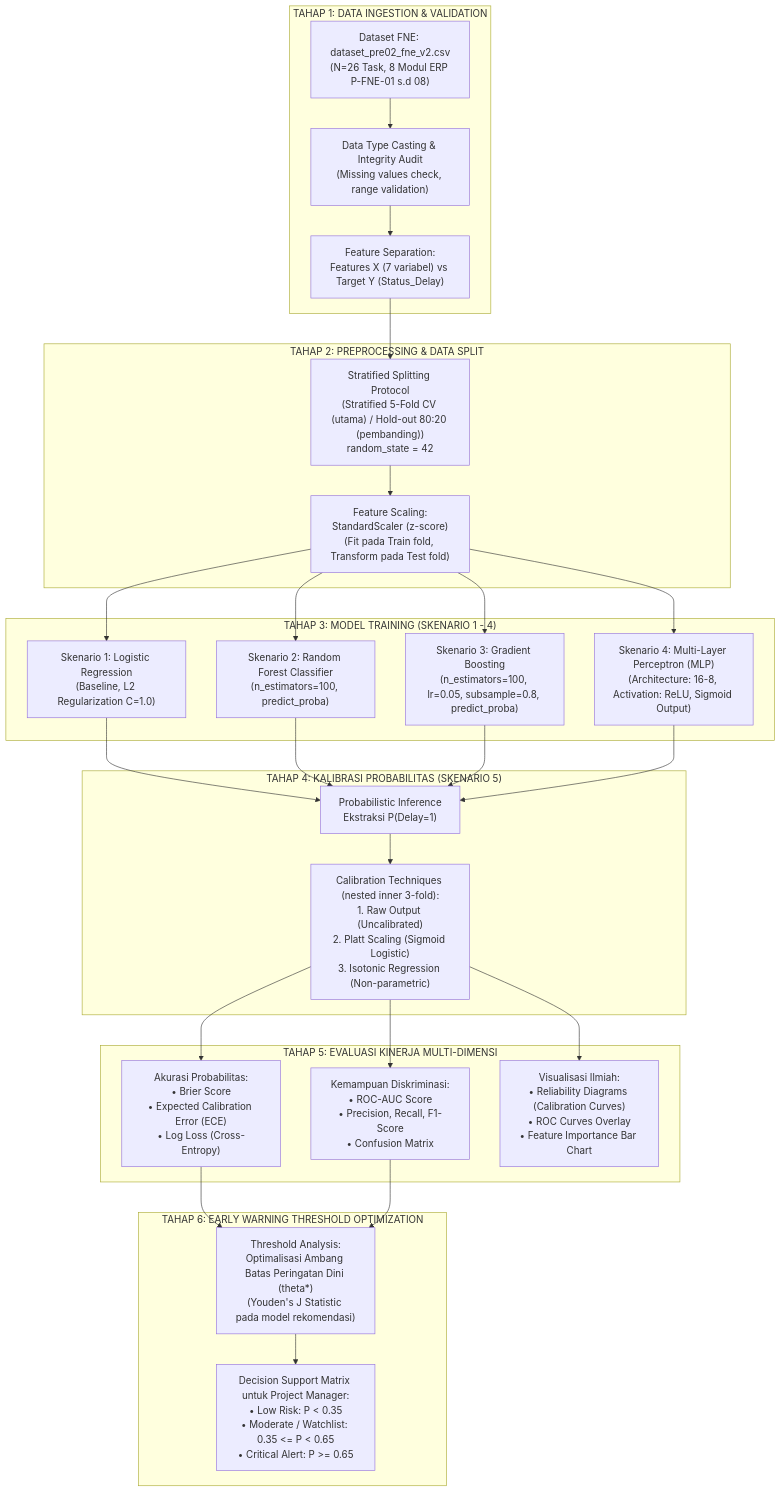
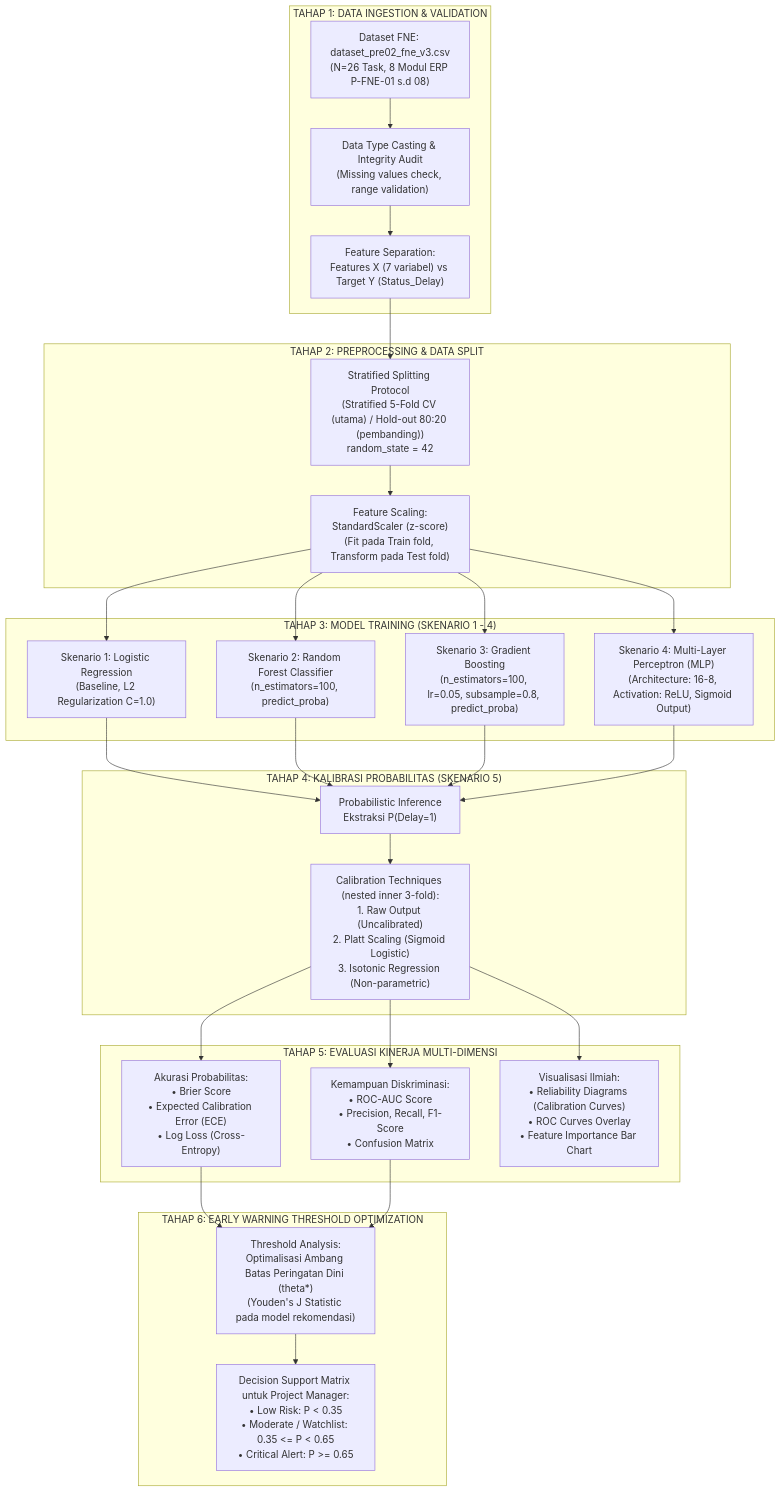
Before and after one commit to mug31/MP-PRE-02: the diagram in 04_implemen_desain_eksperimen/01_Flow_dan_Skenario_Eksperimen.md, drawn with Mermaid. The commit also changed 20 other files, not shown here.

````diff
--- a/04_implemen_desain_eksperimen/01_Flow_dan_Skenario_Eksperimen.md
+++ b/04_implemen_desain_eksperimen/01_Flow_dan_Skenario_Eksperimen.md
@@ -23,35 +23,35 @@
 ```mermaid
 flowchart TD
     subgraph S1["TAHAP 1: DATA INGESTION & VALIDATION"]
-        A1["Dataset FNE: dataset_pre02_fne_v2.csv<br>(N=26 Task, 8 Modul ERP P-FNE-01 s.d 08)"] --> A2["Data Type Casting & Integrity Audit<br>(Missing values check, range validation)"]
+        A1["Dataset FNE: dataset_pre02_fne_v3.csv<br>(N=26 Task, 8 Modul ERP P-FNE-01 s.d 08)"] --> A2["Data Type Casting & Integrity Audit<br>(Missing values check, range validation)"]
         A2 --> A3["Feature Separation:<br>Features X (7 variabel) vs Target Y (Status_Delay)"]
     end
 
     subgraph S2["TAHAP 2: PREPROCESSING & DATA SPLIT"]
         A3 --> B1["Stratified Splitting Protocol<br>(Stratified 5-Fold CV (utama) / Hold-out 80:20 (pembanding))<br>random_state = 42"]
         B1 --> B2["Feature Scaling:<br>StandardScaler (z-score)<br>(Fit pada Train fold, Transform pada Test fold)"]
     end
 
     subgraph S3["TAHAP 3: MODEL TRAINING (SKENARIO 1 - 4)"]
         B2 --> C1["Skenario 1: Logistic Regression<br>(Baseline, L2 Regularization C=1.0)"]
         B2 --> C2["Skenario 2: Random Forest Classifier<br>(n_estimators=100, predict_proba)"]
         B2 --> C3["Skenario 3: Gradient Boosting<br>(n_estimators=100, lr=0.05, subsample=0.8, predict_proba)"]
         B2 --> C4["Skenario 4: Multi-Layer Perceptron (MLP)<br>(Architecture: 16-8, Activation: ReLU, Sigmoid Output)"]
     end
 
     subgraph S4["TAHAP 4: KALIBRASI PROBABILITAS (SKENARIO 5)"]
         C1 & C2 & C3 & C4 --> D1["Probabilistic Inference<br>Ekstraksi P(Delay=1)"]
         D1 --> D2["Calibration Techniques (nested inner 3-fold):<br>1. Raw Output (Uncalibrated)<br>2. Platt Scaling (Sigmoid Logistic)<br>3. Isotonic Regression (Non-parametric)"]
     end
 
     subgraph S5["TAHAP 5: EVALUASI KINERJA MULTI-DIMENSI"]
         D2 --> E1["Akurasi Probabilitas:<br>• Brier Score<br>• Expected Calibration Error (ECE)<br>• Log Loss (Cross-Entropy)"]
         D2 --> E2["Kemampuan Diskriminasi:<br>• ROC-AUC Score<br>• Precision, Recall, F1-Score<br>• Confusion Matrix"]
         D2 --> E3["Visualisasi Ilmiah:<br>• Reliability Diagrams (Calibration Curves)<br>• ROC Curves Overlay<br>• Feature Importance Bar Chart"]
     end
 
     subgraph S6["TAHAP 6: EARLY WARNING THRESHOLD OPTIMIZATION"]
         E1 & E2 --> F1["Threshold Analysis:<br>Optimalisasi Ambang Batas Peringatan Dini (theta*)<br>(Youden's J Statistic pada model rekomendasi)"]
         F1 --> F2["Decision Support Matrix untuk Project Manager:<br>• Low Risk: P < 0.35<br>• Moderate / Watchlist: 0.35 <= P < 0.65<br>• Critical Alert: P >= 0.65"]
     end
 ```
````
